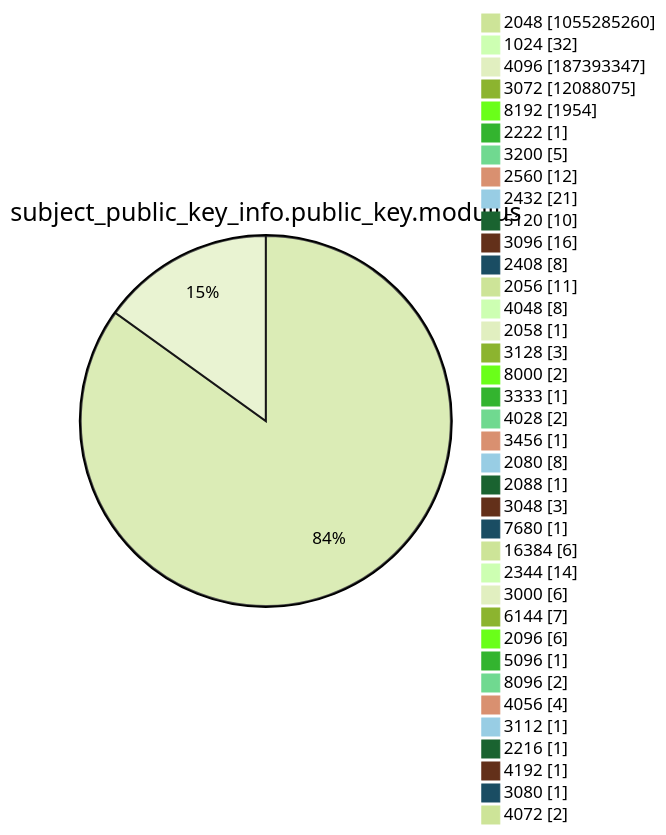
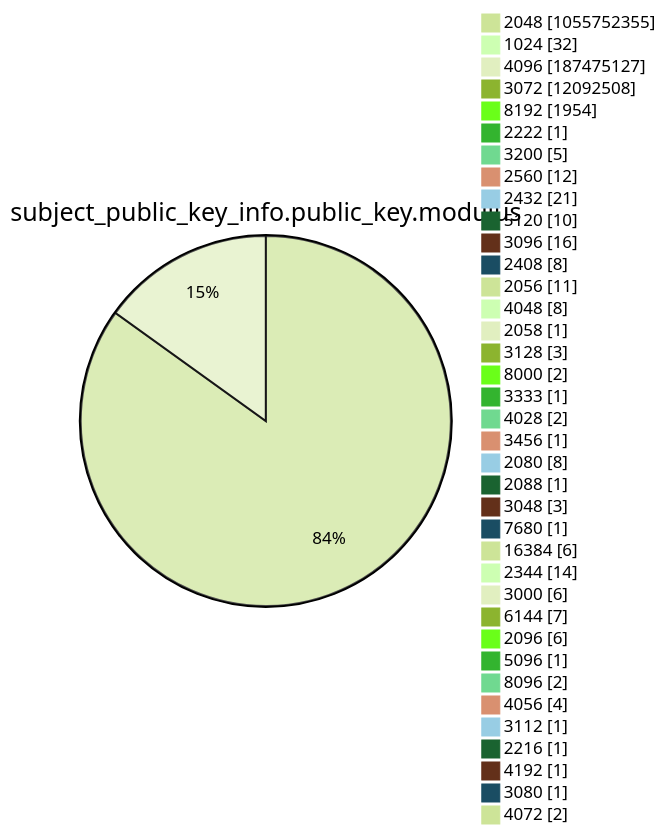
Before and after one commit to christiankrug/ctmonitor_visualization: diagram 13 of 15 in argon2022/README.md, drawn with Mermaid (forest theme). The commit also changed other lines of this file, not shown here.

````diff
--- a/argon2022/README.md
+++ b/argon2022/README.md
@@ -3589,41 +3589,41 @@
 ```mermaid
 pie showData
 title subject_public_key_info.public_key.modulus
-"2048" :1055285260
+"2048" :1055752355
 "1024" :32
-"4096" :187393347
-"3072" :12088075
+"4096" :187475127
+"3072" :12092508
 "8192" :1954
 "2222" :1
 "3200" :5
 "2560" :12
 "2432" :21
 "5120" :10
 "3096" :16
 "2408" :8
 "2056" :11
 "4048" :8
 "2058" :1
 "3128" :3
 "8000" :2
 "3333" :1
 "4028" :2
 "3456" :1
 "2080" :8
 "2088" :1
 "3048" :3
 "7680" :1
 "16384" :6
 "2344" :14
 "3000" :6
 "6144" :7
 "2096" :6
 "5096" :1
 "8096" :2
 "4056" :4
 "3112" :1
 "2216" :1
 "4192" :1
 "3080" :1
 "4072" :2
 ```
````
